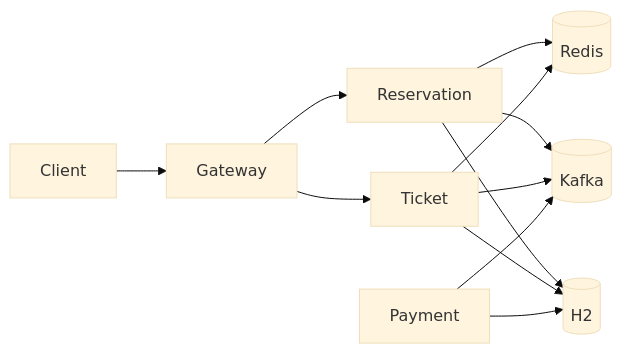
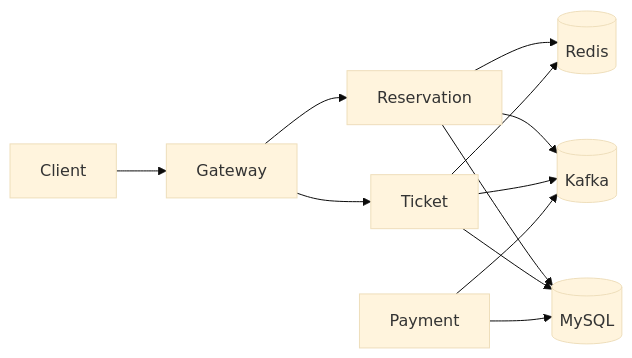
Before and after one commit to deukyunlee/ticketing-service: the diagram in README.md, drawn with Mermaid (base theme). The commit also changed other lines of this file and 15 other files, not shown here.

````diff
--- a/README.md
+++ b/README.md
@@ -8,9 +8,9 @@
 ```mermaid
 flowchart LR
     C[Client] --> G[Gateway]
     G --> R[Reservation]
     G --> T[Ticket]
     R & T --> Redis[(Redis)]
     R & T & P[Payment] --> K[(Kafka)]
-    R & T & P --> DB[(H2)]
+    R & T & P --> DB[(MySQL)]
 ```
````
